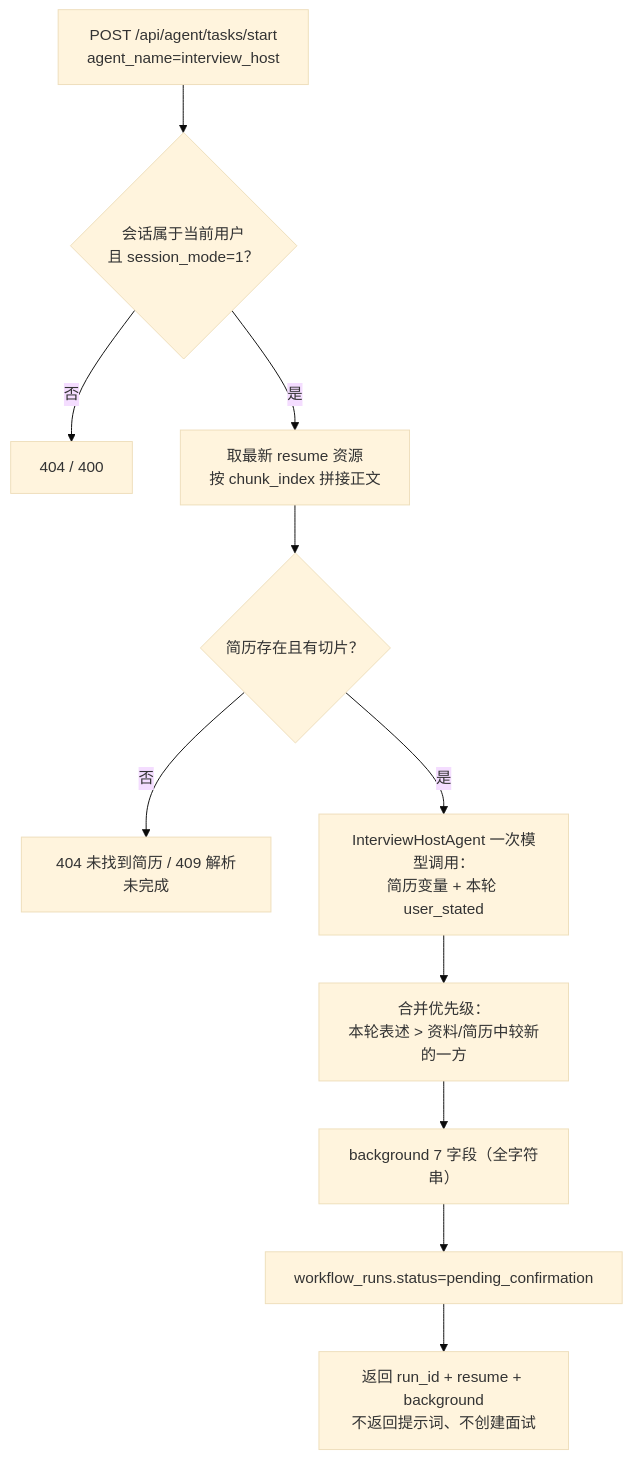
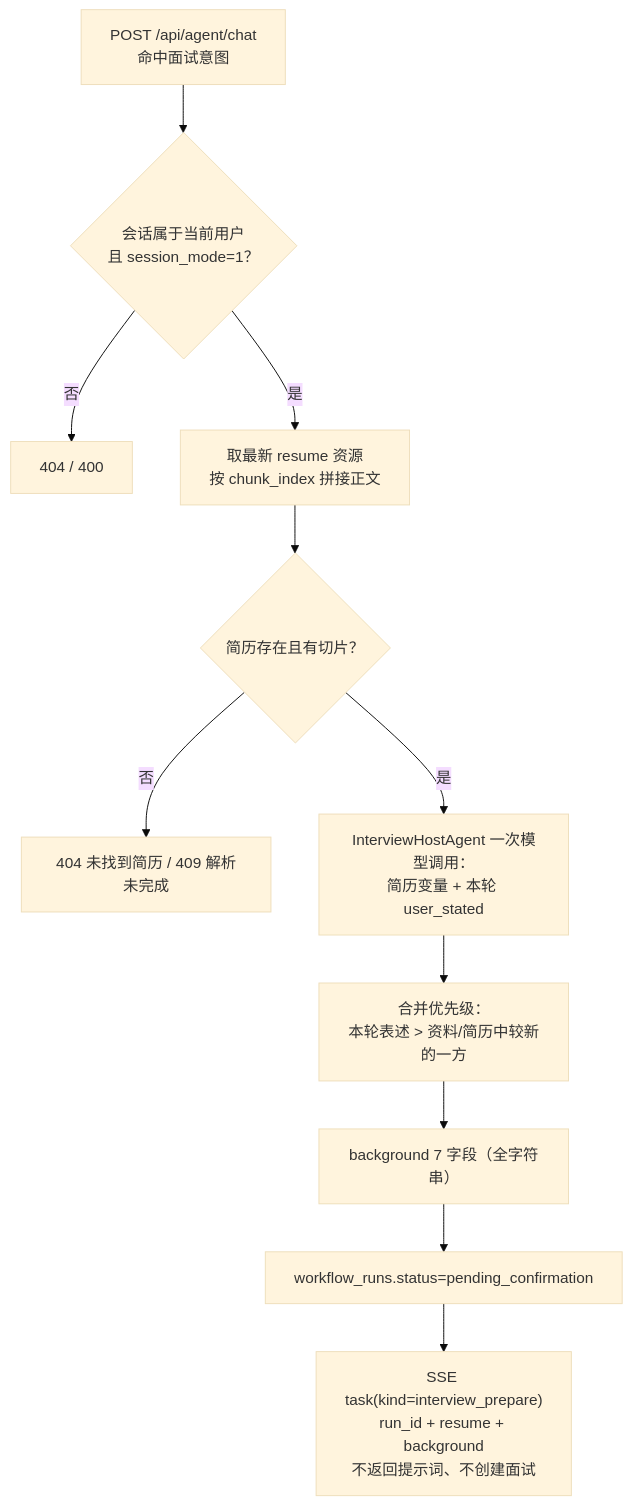
One commit to jiayinjiang-pistachio/study-pass-ai changed the third of 8 diagrams in agent-backend/docs/voice-interview-design.md. Above: the diagram before and after it, drawn with Mermaid (base theme). The commit also changed other lines of this file and 56 other files, not shown here.

````diff
--- a/agent-backend/docs/voice-interview-design.md
+++ b/agent-backend/docs/voice-interview-design.md
@@ -121,13 +122,13 @@
 ```mermaid
 flowchart TD
-    A["POST /api/agent/tasks/start<br/>agent_name=interview_host"] --> B{"会话属于当前用户<br/>且 session_mode=1？"}
+    A["POST /api/agent/chat<br/>命中面试意图"] --> B{"会话属于当前用户<br/>且 session_mode=1？"}
     B -- 否 --> B1["404 / 400"]
     B -- 是 --> C["取最新 resume 资源<br/>按 chunk_index 拼接正文"]
     C --> D{"简历存在且有切片？"}
     D -- 否 --> D1["404 未找到简历 / 409 解析未完成"]
     D -- 是 --> E["InterviewHostAgent 一次模型调用：<br/>简历变量 + 本轮 user_stated"]
     E --> F["合并优先级：<br/>本轮表述 > 资料/简历中较新的一方"]
     F --> G["background 7 字段（全字符串）"]
     G --> H["workflow_runs.status=pending_confirmation"]
-    H --> I["返回 run_id + resume + background<br/>不返回提示词、不创建面试"]
+    H --> I["SSE task(kind=interview_prepare)<br/>run_id + resume + background<br/>不返回提示词、不创建面试"]
 ```
````
